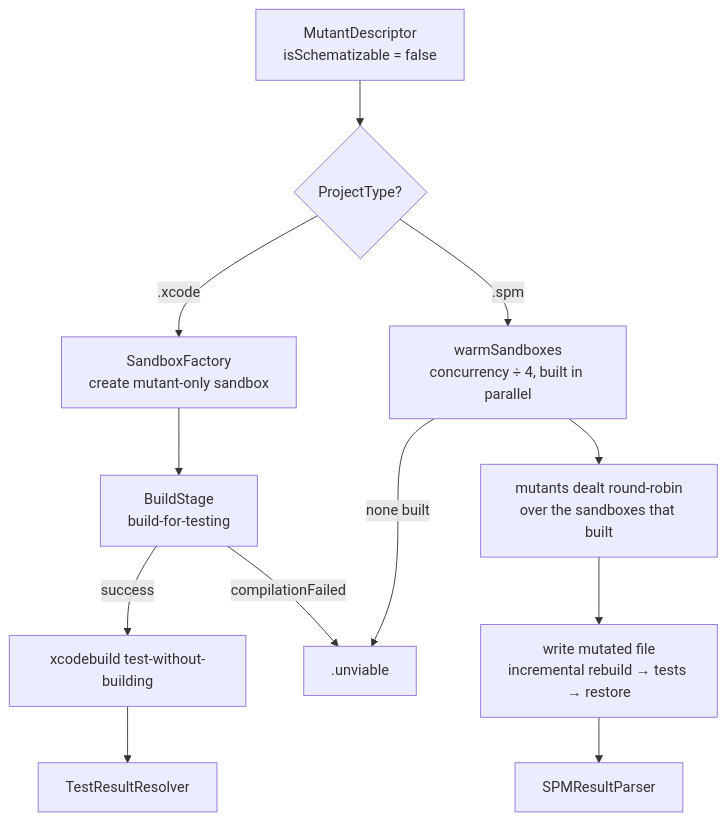
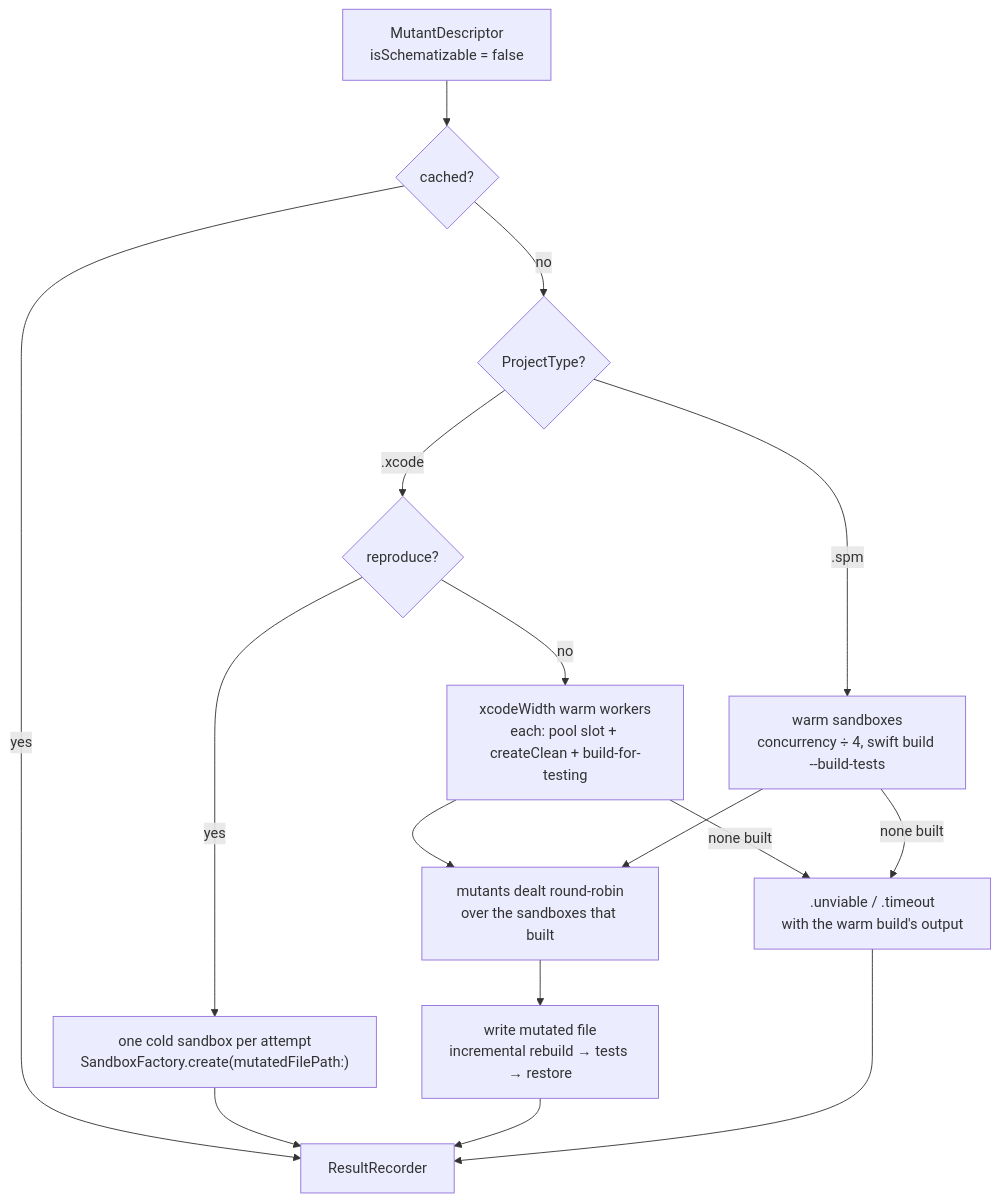
The fifth of 6 diagrams in Docs/Architecture/03-execution.md (ericodx/swift-mutation-testing), drawn with Mermaid before and after one commit. The commit also changed other lines of this file and 6 other files, not shown here.

Commit message:
docs: rewrite the architecture pages around the current commands, layers, warm Xcode path and configuration keys

````diff
--- a/Docs/Architecture/03-execution.md
+++ b/Docs/Architecture/03-execution.md
@@ -193,14 +205,18 @@
 ```mermaid
 flowchart TD
-    MUTANT[MutantDescriptor\nisSchematizable = false] --> PT{ProjectType?}
-    PT -- .xcode --> SF2[SandboxFactory\ncreate mutant-only sandbox]
-    SF2 --> BS2[BuildStage\nbuild-for-testing]
-    BS2 -- success --> TE2[xcodebuild test-without-building]
-    BS2 -- compilationFailed --> UNVIABLE[.unviable]
-    TE2 --> RP2[TestResultResolver]
-    PT -- .spm --> WARM[warmSandboxes\nconcurrency ÷ 4, built in parallel]
-    WARM -- none built --> UNVIABLE
-    WARM --> DEAL[mutants dealt round-robin\nover the sandboxes that built]
-    DEAL --> WRITE[write mutated file\nincremental rebuild → tests → restore]
-    WRITE --> SPM[SPMResultParser]
+    MUTANT["MutantDescriptor\nisSchematizable = false"] --> CACHE{cached?}
+    CACHE -- yes --> REC[ResultRecorder]
+    CACHE -- no --> PT{ProjectType?}
+    PT -- .xcode --> REPRO{reproduce?}
+    REPRO -- yes --> COLD["one cold sandbox per attempt\nSandboxFactory.create(mutatedFilePath:)"]
+    REPRO -- no --> XW["xcodeWidth warm workers\neach: pool slot + createClean + build-for-testing"]
+    PT -- .spm --> SW["warm sandboxes\nconcurrency ÷ 4, swift build --build-tests"]
+    XW -- none built --> UNVIABLE[".unviable / .timeout\nwith the warm build's output"]
+    SW -- none built --> UNVIABLE
+    XW --> DEAL["mutants dealt round-robin\nover the sandboxes that built"]
+    SW --> DEAL
+    DEAL --> WRITE["write mutated file\nincremental rebuild → tests → restore"]
+    COLD --> REC
+    WRITE --> REC
+    UNVIABLE --> REC
 ```
````
